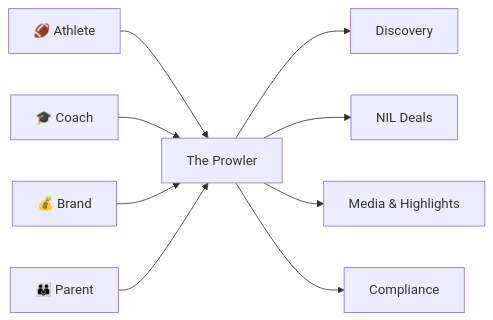
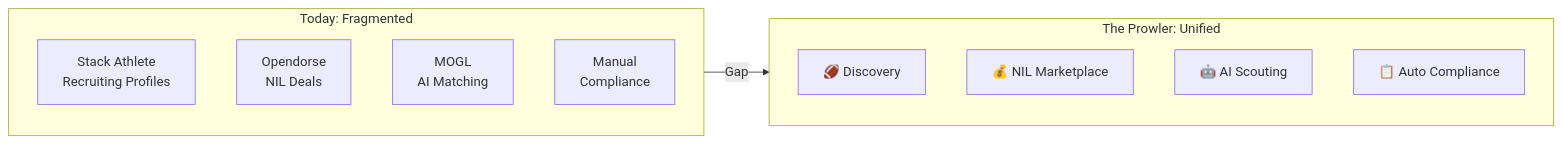
Before and after one commit to huttonbenj/The-Prowler: the first of 18 diagrams in STRATEGY.md, drawn with Mermaid. The commit also changed other lines of this file, not shown here.

Commit message:
Complete strategy rebuild: verified pricing, itemized hours, architecture diagrams

````diff
--- a/STRATEGY.md
+++ b/STRATEGY.md
@@ -14,11 +19,20 @@
 ```mermaid
 graph LR
-    A["🏈 Athlete"] --> P["The Prowler"]
-    C["🎓 Coach"] --> P
-    B["💰 Brand"] --> P
-    PR["👪 Parent"] --> P
-    P --> D["Discovery"]
-    P --> N["NIL Deals"]
-    P --> M["Media & Highlights"]
-    P --> CO["Compliance"]
+    subgraph Today["Today: Fragmented"]
+        direction TB
+        A["Stack Athlete<br/>Recruiting Profiles"]
+        B["Opendorse<br/>NIL Deals"]
+        C["MOGL<br/>AI Matching"]
+        D["Manual<br/>Compliance"]
+    end
+
+    subgraph Tomorrow["The Prowler: Unified"]
+        direction TB
+        E["🏈 Discovery"]
+        F["💰 NIL Marketplace"]
+        G["🤖 AI Scouting"]
+        H["📋 Auto Compliance"]
+    end
+
+    Today -->|"Gap"| Tomorrow
 ```
````
